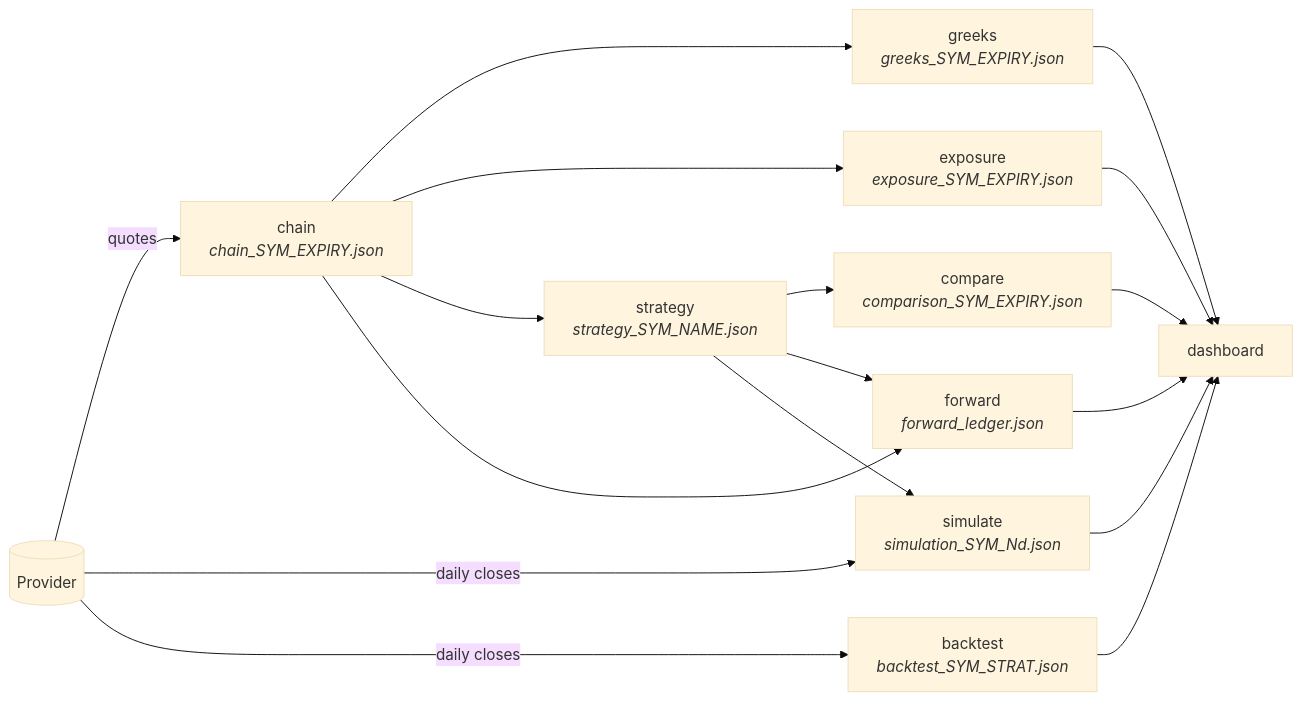
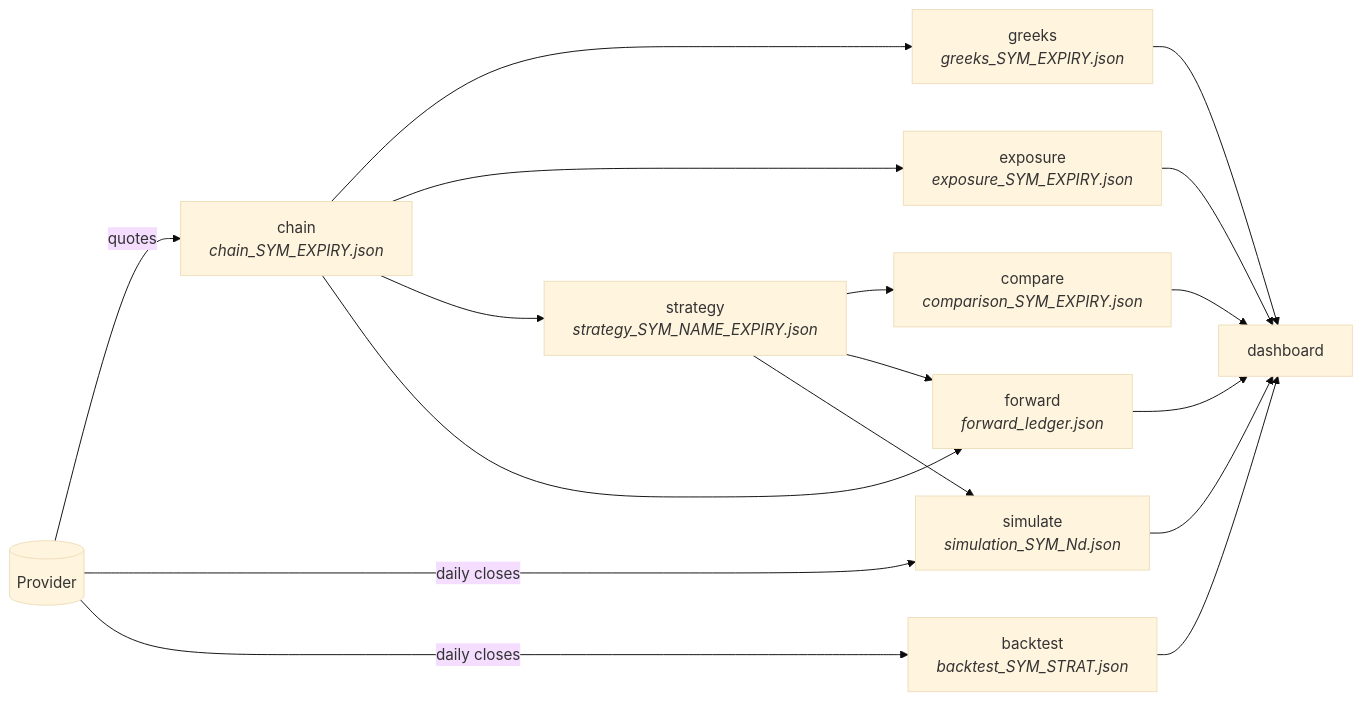
The second of 7 diagrams in README.md (Iman/agent-driven-options-desk-and-skills), drawn with Mermaid (base theme) before and after one commit. The commit also changed other lines of this file and 10 other files, not shown here.

````diff
--- a/README.md
+++ b/README.md
@@ -160,21 +162,21 @@
 ```mermaid
 flowchart LR
     provider[("Provider")] -->|quotes| chain["chain<br/><i>chain_SYM_EXPIRY.json</i>"]
     provider -->|daily closes| sim["simulate<br/><i>simulation_SYM_Nd.json</i>"]
     provider -->|daily closes| bt["backtest<br/><i>backtest_SYM_STRAT.json</i>"]
 
     chain --> greeks["greeks<br/><i>greeks_SYM_EXPIRY.json</i>"]
     chain --> exposure["exposure<br/><i>exposure_SYM_EXPIRY.json</i>"]
-    chain --> strategy["strategy<br/><i>strategy_SYM_NAME.json</i>"]
+    chain --> strategy["strategy<br/><i>strategy_SYM_NAME_EXPIRY.json</i>"]
     strategy --> compare["compare<br/><i>comparison_SYM_EXPIRY.json</i>"]
     strategy --> forward["forward<br/><i>forward_ledger.json</i>"]
     chain --> forward
     strategy --> sim
 
     greeks --> dash["dashboard"]
     exposure --> dash
     compare --> dash
     sim --> dash
     bt --> dash
     forward --> dash
 ```
````
